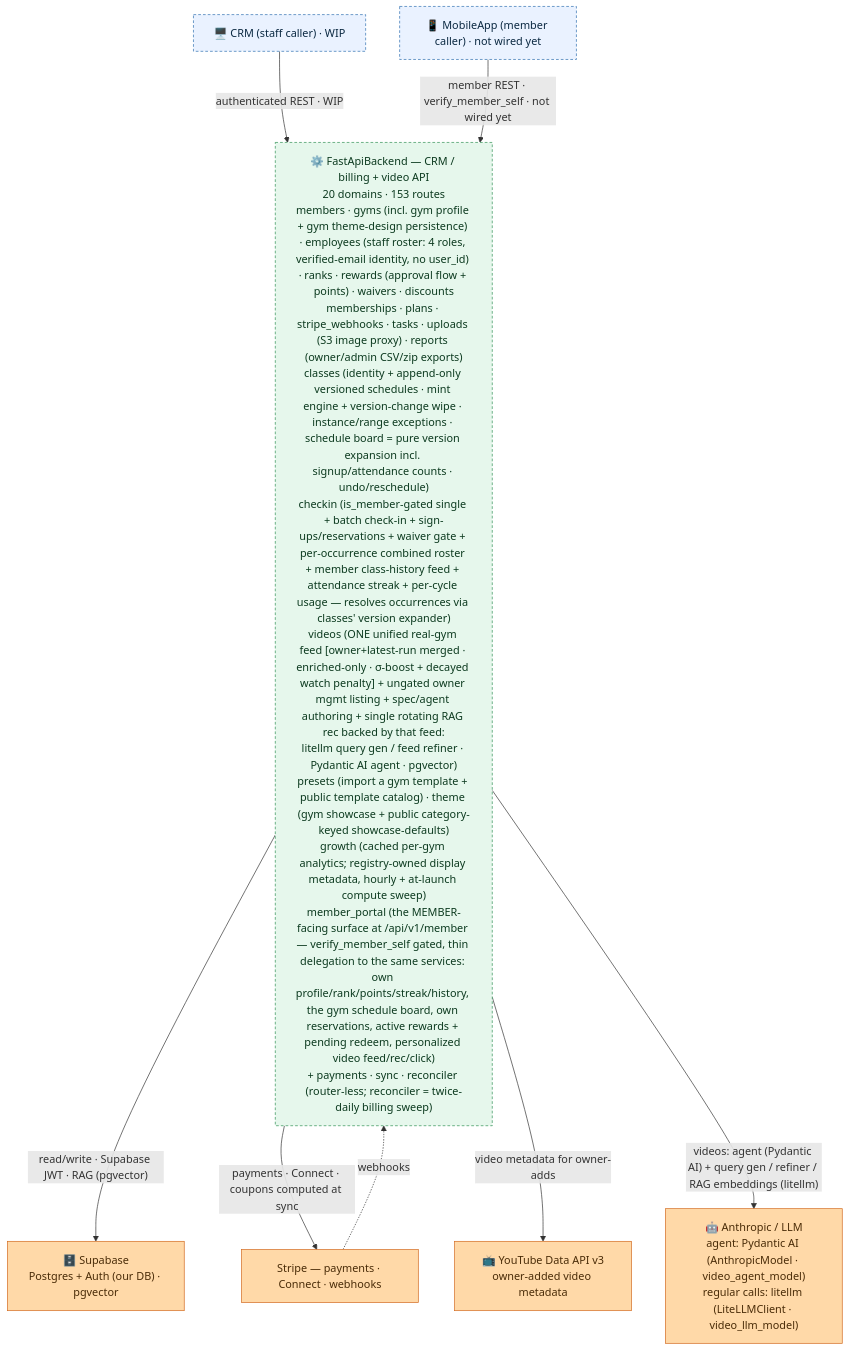
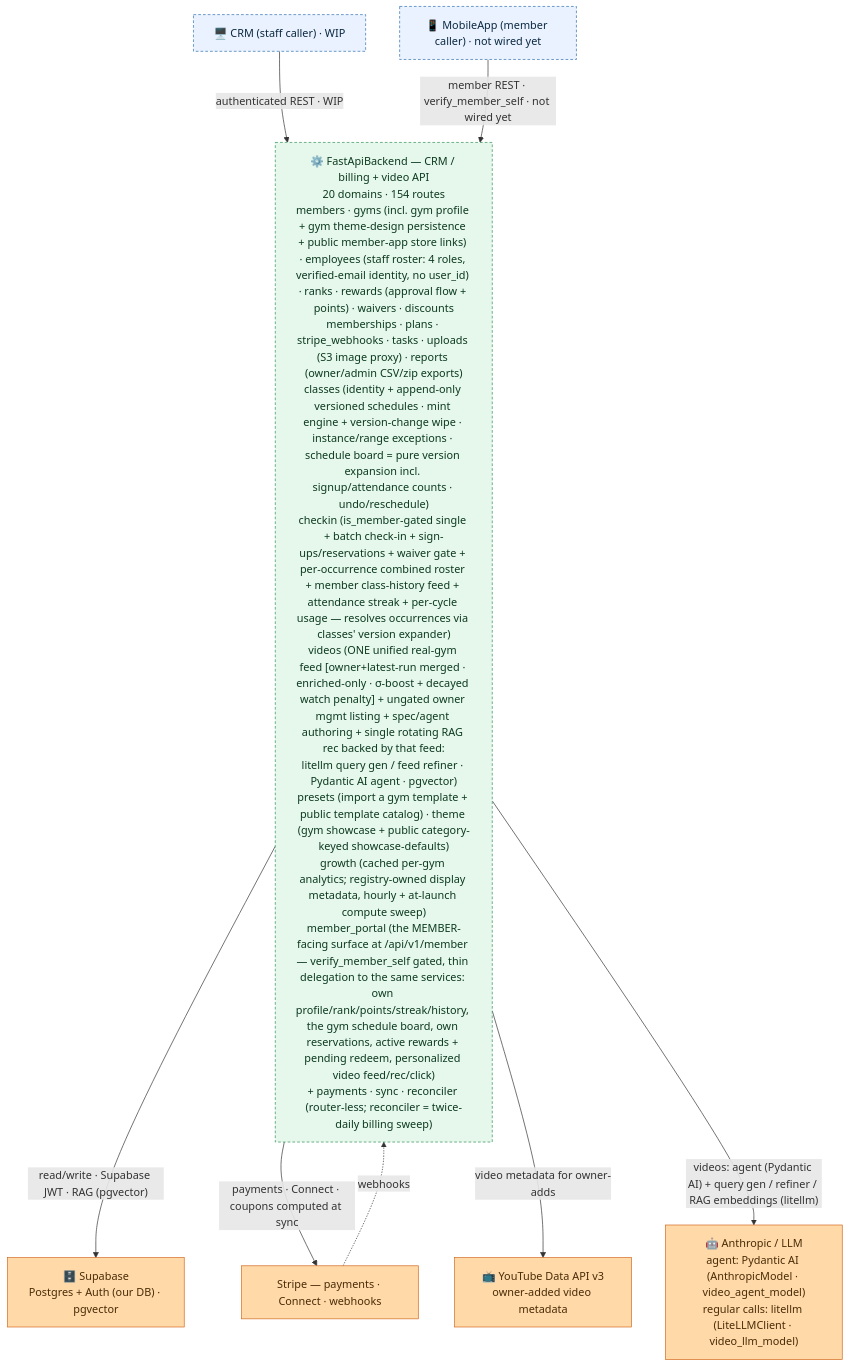
One commit to jesse51002/CombatDen changed the diagram in FastApiBackend/README.md. Above: the diagram before and after it, drawn with Mermaid. The commit also changed other lines of this file and 3 other files, not shown here.

First line of the commit message:
backend: docs + dead-code sweep from the PR #59 audit

````diff
--- a/FastApiBackend/README.md
+++ b/FastApiBackend/README.md
@@ -16,26 +16,26 @@
 ```mermaid
 flowchart TB
   CRM["🖥️ CRM (staff caller) · WIP"]
   MobileApp["📱 MobileApp (member caller) · not wired yet"]
-  FB["⚙️ FastApiBackend — CRM / billing + video API<br/>20 domains · 153 routes<br/>members · gyms (incl. gym profile + gym theme-design persistence) · employees (staff roster: 4 roles, verified-email identity, no user_id) · ranks · rewards (approval flow + points) · waivers · discounts<br/>memberships · plans · stripe_webhooks · tasks · uploads (S3 image proxy) · reports (owner/admin CSV/zip exports)<br/>classes (identity + append-only versioned schedules · mint engine + version-change wipe · instance/range exceptions · schedule board = pure version expansion incl. signup/attendance counts · undo/reschedule)<br/>checkin (is_member-gated single + batch check-in + sign-ups/reservations + waiver gate + per-occurrence combined roster + member class-history feed + attendance streak + per-cycle usage — resolves occurrences via classes' version expander)<br/>videos (ONE unified real-gym feed [owner+latest-run merged · enriched-only · σ-boost + decayed watch penalty] + ungated owner mgmt listing + spec/agent authoring + single rotating RAG rec backed by that feed:<br/>litellm query gen / feed refiner · Pydantic AI agent · pgvector)<br/>presets (import a gym template + public template catalog) · theme (gym showcase + public category-keyed showcase-defaults)<br/>growth (cached per-gym analytics; registry-owned display metadata, hourly + at-launch compute sweep)<br/>member_portal (the MEMBER-facing surface at /api/v1/member — verify_member_self gated, thin delegation to the same services: own profile/rank/points/streak/history, the gym schedule board, own reservations, active rewards + pending redeem, personalized video feed/rec/click)<br/>+ payments · sync · reconciler (router-less; reconciler = twice-daily billing sweep)"]
+  FB["⚙️ FastApiBackend — CRM / billing + video API<br/>20 domains · 154 routes<br/>members · gyms (incl. gym profile + gym theme-design persistence + public member-app store links) · employees (staff roster: 4 roles, verified-email identity, no user_id) · ranks · rewards (approval flow + points) · waivers · discounts<br/>memberships · plans · stripe_webhooks · tasks · uploads (S3 image proxy) · reports (owner/admin CSV/zip exports)<br/>classes (identity + append-only versioned schedules · mint engine + version-change wipe · instance/range exceptions · schedule board = pure version expansion incl. signup/attendance counts · undo/reschedule)<br/>checkin (is_member-gated single + batch check-in + sign-ups/reservations + waiver gate + per-occurrence combined roster + member class-history feed + attendance streak + per-cycle usage — resolves occurrences via classes' version expander)<br/>videos (ONE unified real-gym feed [owner+latest-run merged · enriched-only · σ-boost + decayed watch penalty] + ungated owner mgmt listing + spec/agent authoring + single rotating RAG rec backed by that feed:<br/>litellm query gen / feed refiner · Pydantic AI agent · pgvector)<br/>presets (import a gym template + public template catalog) · theme (gym showcase + public category-keyed showcase-defaults)<br/>growth (cached per-gym analytics; registry-owned display metadata, hourly + at-launch compute sweep)<br/>member_portal (the MEMBER-facing surface at /api/v1/member — verify_member_self gated, thin delegation to the same services: own profile/rank/points/streak/history, the gym schedule board, own reservations, active rewards + pending redeem, personalized video feed/rec/click)<br/>+ payments · sync · reconciler (router-less; reconciler = twice-daily billing sweep)"]
   Supabase["🗄️ Supabase<br/>Postgres + Auth (our DB) · pgvector"]
   Stripe["Stripe — payments · Connect · webhooks"]
   YouTube["📺 YouTube Data API v3<br/>owner-added video metadata"]
   LLMProvider["🤖 Anthropic / LLM<br/>agent: Pydantic AI (AnthropicModel · video_agent_model)<br/>regular calls: litellm (LiteLLMClient · video_llm_model)"]
   CRM -->|"authenticated REST · WIP"| FB
   MobileApp -->|"member REST · verify_member_self · not wired yet"| FB
   FB -->|"read/write · Supabase JWT · RAG (pgvector)"| Supabase
   FB -->|"payments · Connect · coupons computed at sync"| Stripe
   Stripe -.->|"webhooks"| FB
   FB -->|"video metadata for owner-adds"| YouTube
   FB -->|"videos: agent (Pydantic AI) + query gen / refiner / RAG embeddings (litellm)"| LLMProvider
   classDef client fill:#eaf2ff,stroke:#2f6fb0,color:#0b2942;
   classDef svc fill:#e6f7ec,stroke:#2f8f53,color:#0c3a1f;
   classDef ext fill:#ffd9a8,stroke:#d2691e,color:#4a2c08;
   class CRM,MobileApp client;
   class FB svc;
   class Supabase,Stripe,YouTube,LLMProvider ext;
   style CRM stroke-dasharray:4 3;
   style MobileApp stroke-dasharray:4 3;
   style FB stroke-dasharray:4 3;
 ```
````
